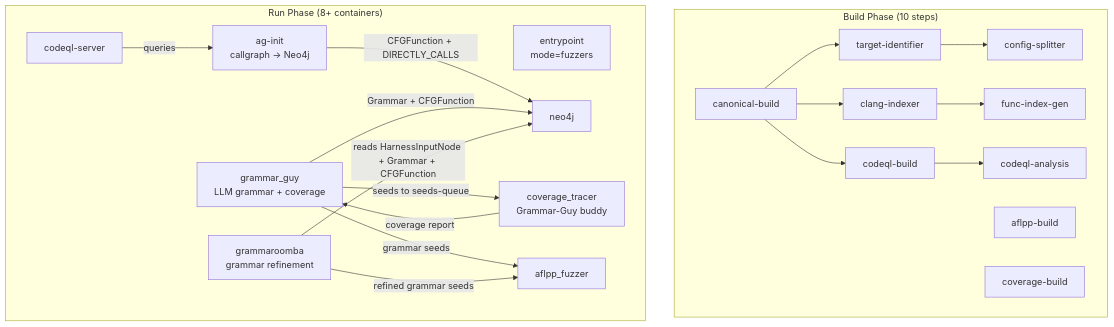
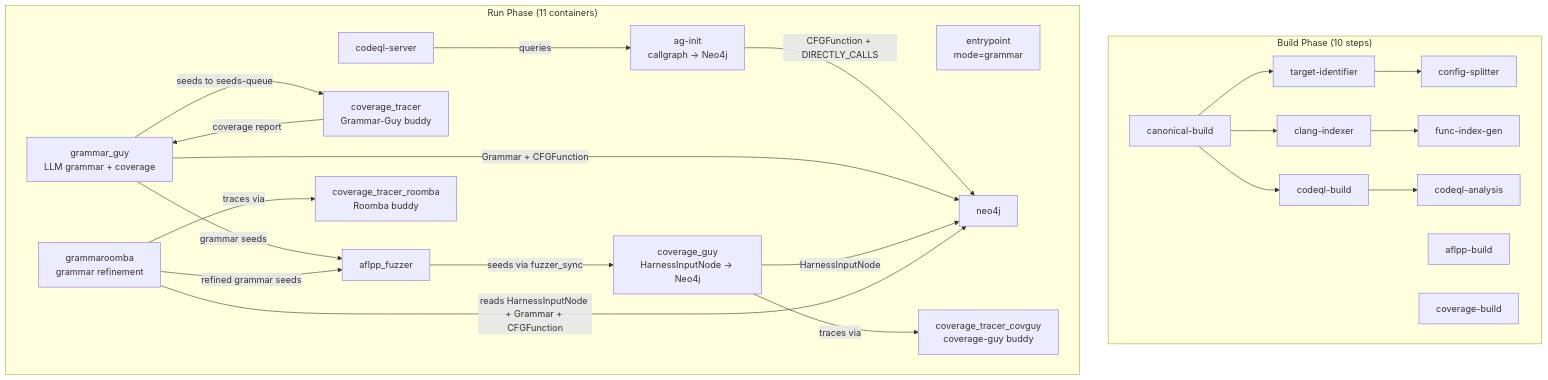
The diagram in docs/crs-shellphish-grammar.md (Team-Atlanta/shellphish-oss-crs), drawn with Mermaid before and after one commit. The commit also changed other lines of this file and 13 other files, not shown here.

````diff
--- a/docs/crs-shellphish-grammar.md
+++ b/docs/crs-shellphish-grammar.md
@@ -11,35 +11,43 @@
 ```mermaid
 graph TD
     subgraph "Build Phase (10 steps)"
         CB[canonical-build] --> TI[target-identifier]
         CB --> CI[clang-indexer]
         CB --> CQL[codeql-build]
         AB[aflpp-build]
         COV[coverage-build]
         TI --> CS[config-splitter]
         CI --> FI[func-index-gen]
         CQL --> CQA[codeql-analysis]
     end
 
-    subgraph "Run Phase (8+ containers)"
-        EP[entrypoint<br/>mode=fuzzers]
+    subgraph "Run Phase (11 containers)"
+        EP[entrypoint<br/>mode=grammar]
         NEO[neo4j]
         CQLS[codeql-server]
         AGI[ag-init<br/>callgraph → Neo4j]
         AFL[aflpp_fuzzer]
         CT[coverage_tracer<br/>Grammar-Guy buddy]
+        CTR[coverage_tracer_roomba<br/>Roomba buddy]
+        CTC[coverage_tracer_covguy<br/>coverage-guy buddy]
+        CG[coverage_guy<br/>HarnessInputNode → Neo4j]
         GG[grammar_guy<br/>LLM grammar + coverage]
         GR[grammaroomba<br/>grammar refinement]
 
         CQLS -->|queries| AGI
         AGI -->|CFGFunction + DIRECTLY_CALLS| NEO
 
         GG -->|seeds to seeds-queue| CT
         CT -->|coverage report| GG
         GG -->|Grammar + CFGFunction| NEO
         GG -->|grammar seeds| AFL
 
+        AFL -->|seeds via fuzzer_sync| CG
+        CG -->|traces via| CTC
+        CG -->|HarnessInputNode| NEO
+
         GR -->|reads HarnessInputNode + Grammar + CFGFunction| NEO
+        GR -->|traces via| CTR
         GR -->|refined grammar seeds| AFL
     end
 ```
````
